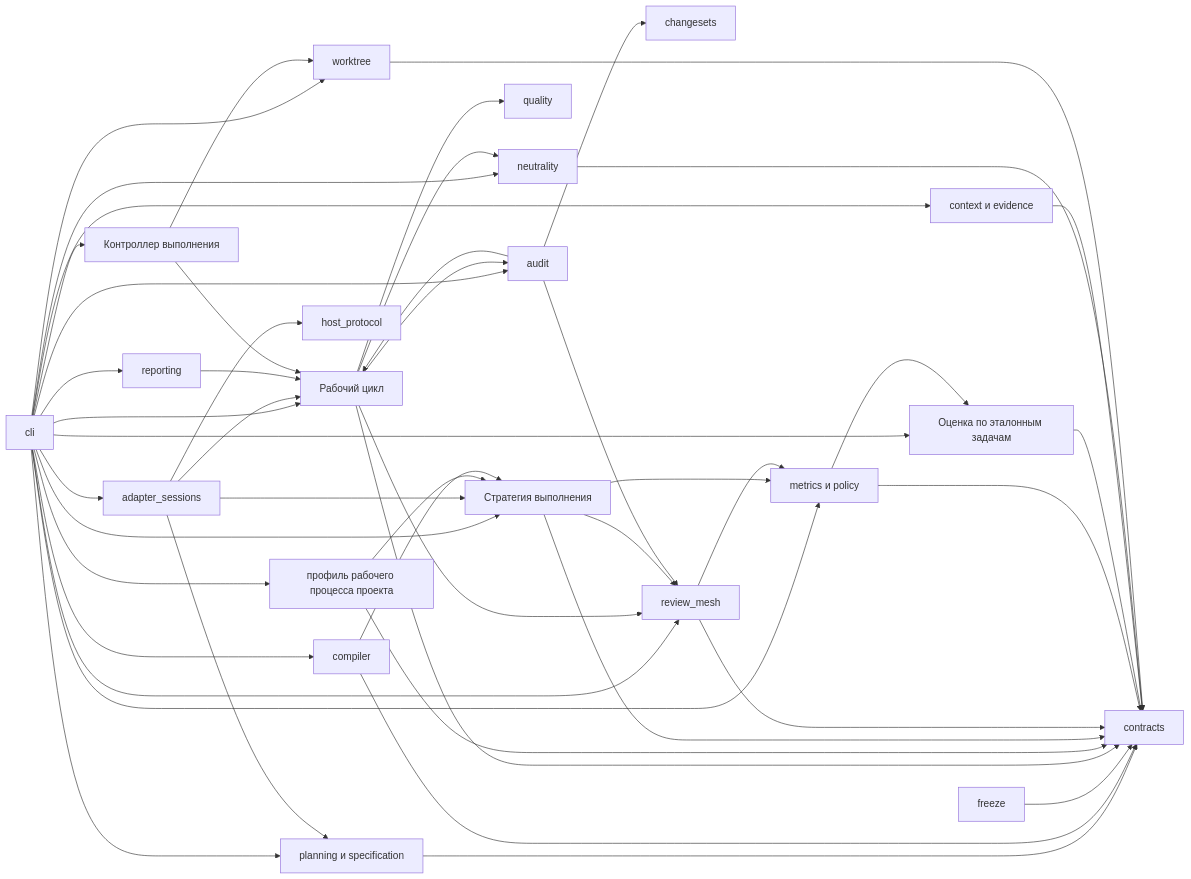
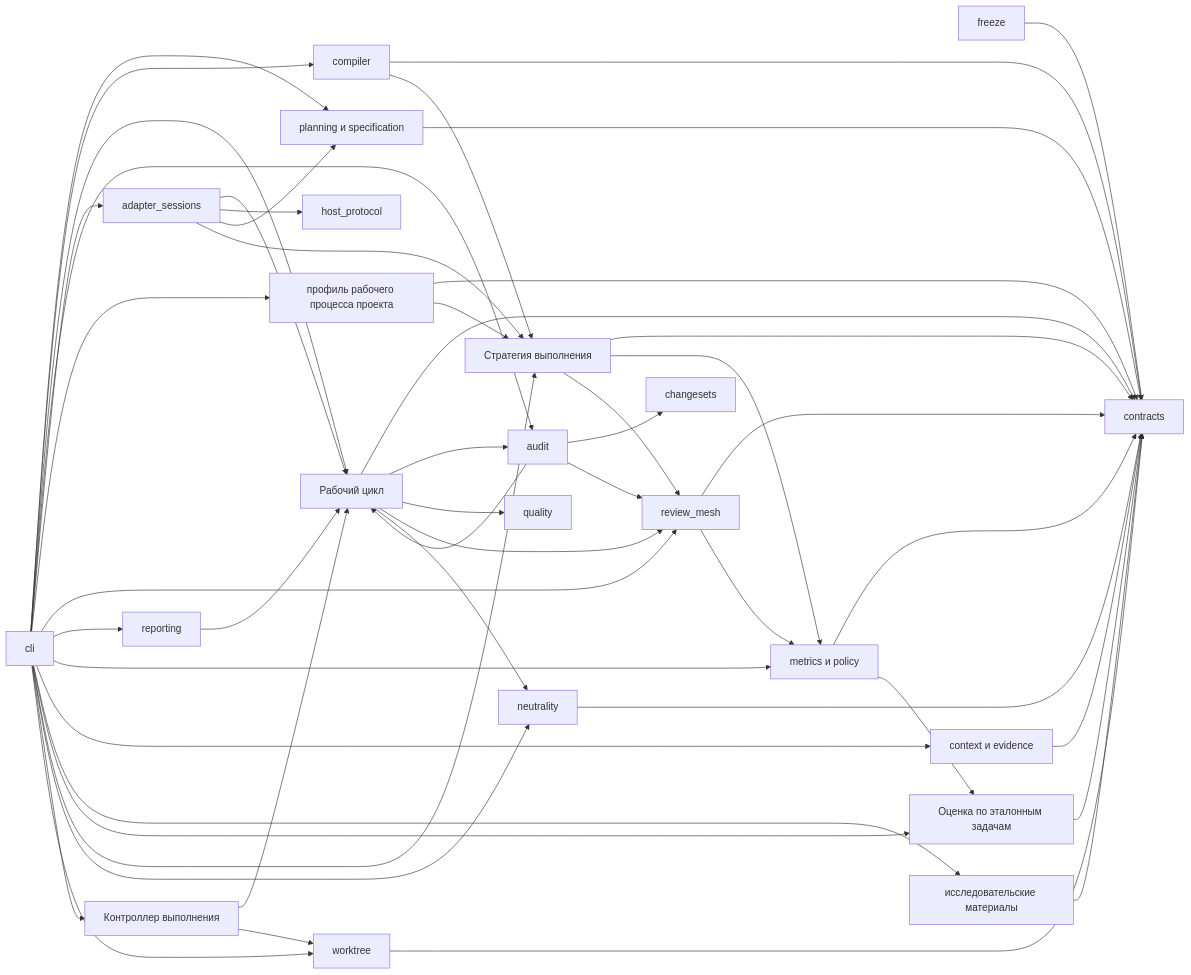
Before and after one commit to avksp/agent-lifecycle-kit: the fourth of 17 diagrams in docs/ru/architecture/system-architecture.md, drawn with Mermaid. The commit also changed other lines of this file and 48 other files, not shown here.

````diff
--- a/docs/ru/architecture/system-architecture.md
+++ b/docs/ru/architecture/system-architecture.md
@@ -227,72 +228,75 @@
 ```mermaid
 flowchart LR
   cli[cli]
   contracts[contracts]
   changesets[changesets]
   compiler[compiler]
   planning[planning и specification]
   freeze[freeze]
     workflow[Рабочий цикл]
     audit[audit]
     adapter_sessions[adapter_sessions]
     project_profile[профиль рабочего процесса проекта]
     host_protocol[host_protocol]
   review_mesh[review_mesh]
   reporting[reporting]
   metrics[metrics и policy]
   context[context и evidence]
+  research[исследовательские материалы]
   quality[quality]
   strategy[Стратегия выполнения]
   benchmarks[Оценка по эталонным задачам]
   neutrality[neutrality]
   runner[Контроллер выполнения]
   worktree[worktree]
 
   cli --> planning
   cli --> compiler
   cli --> workflow
   cli --> audit
   cli --> adapter_sessions
   cli --> project_profile
   cli --> review_mesh
   cli --> reporting
   cli --> metrics
   cli --> context
+  cli --> research
   cli --> benchmarks
   cli --> strategy
   cli --> neutrality
   cli --> runner
   cli --> worktree
   planning --> contracts
   compiler --> contracts
   freeze --> contracts
   workflow --> contracts
   workflow --> audit
   workflow --> quality
   workflow --> review_mesh
   workflow --> neutrality
   adapter_sessions --> workflow
   adapter_sessions --> host_protocol
   adapter_sessions --> planning
   adapter_sessions --> strategy
   project_profile --> contracts
   project_profile --> strategy
   compiler --> strategy
   strategy --> contracts
   strategy --> metrics
   strategy --> review_mesh
   review_mesh --> contracts
   review_mesh --> metrics
   audit --> workflow
   audit --> changesets
   audit --> review_mesh
   reporting --> workflow
   metrics --> contracts
   benchmarks --> contracts
   metrics --> benchmarks
   context --> contracts
+  research --> contracts
   neutrality --> contracts
   runner --> workflow
   runner --> worktree
   worktree --> contracts
 ```
````
